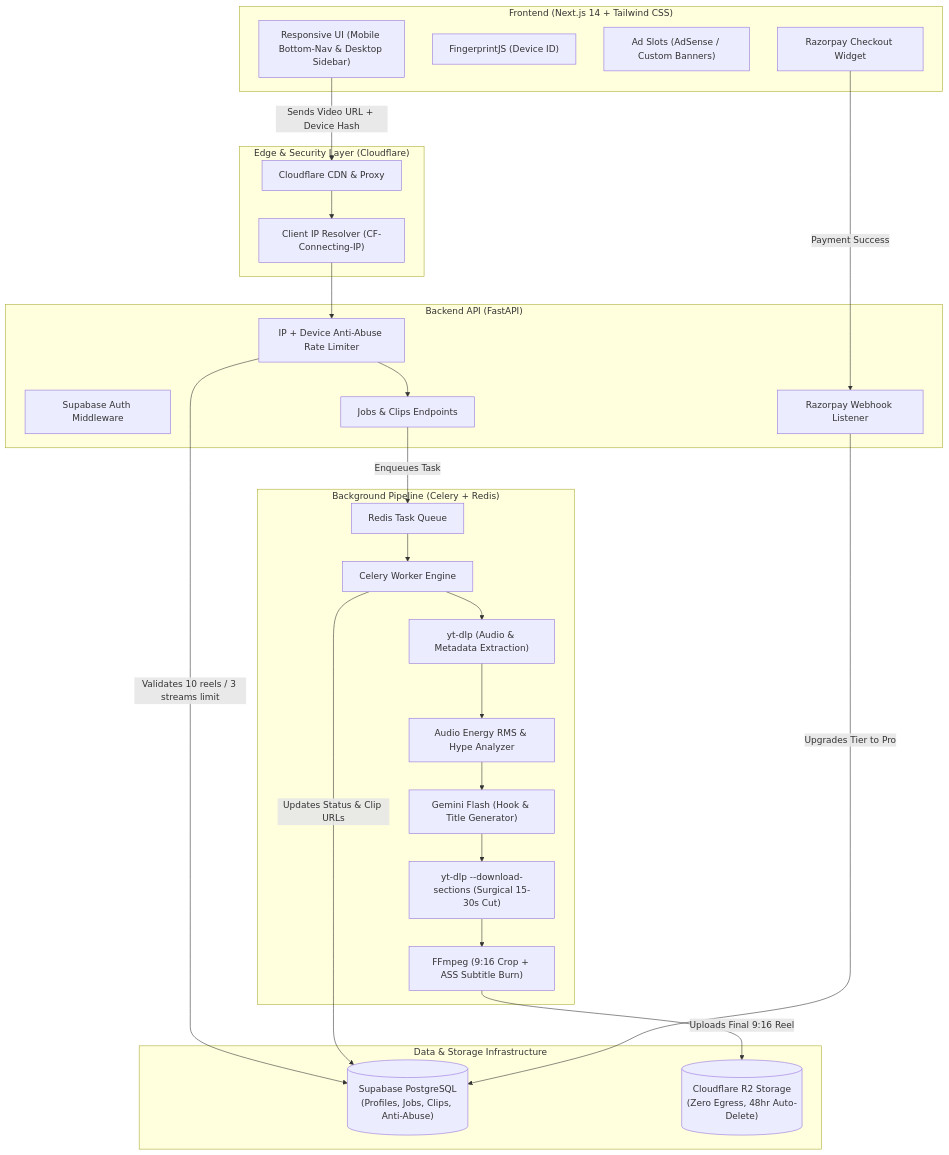
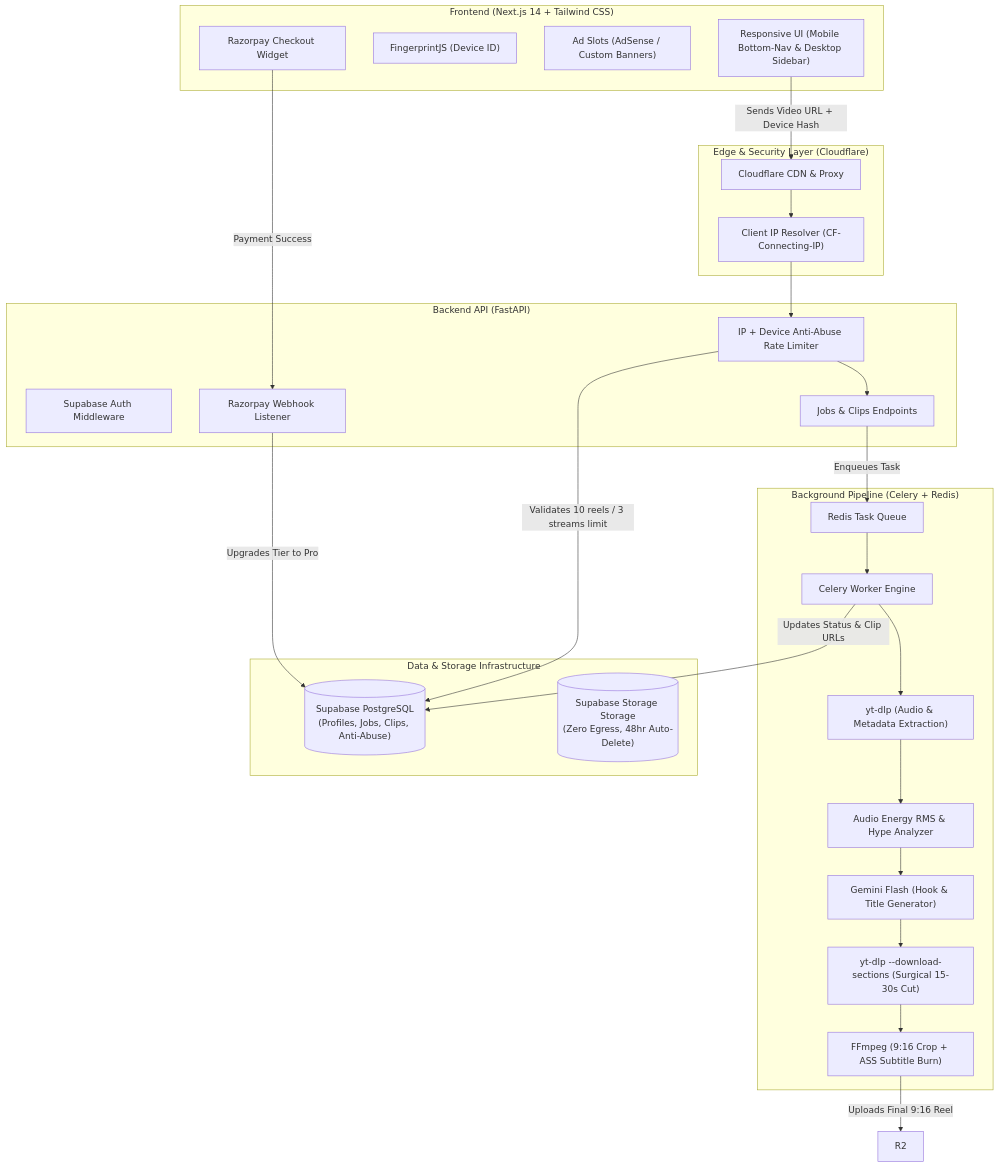
Before and after one commit to therajveerjaiswal/clipforger: the diagram in README.md, drawn with Mermaid. The commit also changed other lines of this file and 65 other files, not shown here.

````diff
--- a/README.md
+++ b/README.md
@@ -9,53 +9,53 @@
 ```mermaid
 flowchart TD
     subgraph Client["Frontend (Next.js 14 + Tailwind CSS)"]
         UI["Responsive UI (Mobile Bottom-Nav & Desktop Sidebar)"]
         FP["FingerprintJS (Device ID)"]
         ADS["Ad Slots (AdSense / Custom Banners)"]
         RZP["Razorpay Checkout Widget"]
     end
 
     subgraph Edge["Edge & Security Layer (Cloudflare)"]
         CF_PROXY["Cloudflare CDN & Proxy"]
         IP_EXTRACT["Client IP Resolver (CF-Connecting-IP)"]
     end
 
     subgraph BackendAPI["Backend API (FastAPI)"]
         AUTH_MW["Supabase Auth Middleware"]
         QUOTA_MW["IP + Device Anti-Abuse Rate Limiter"]
         JOB_EP["Jobs & Clips Endpoints"]
         WEBHOOK_EP["Razorpay Webhook Listener"]
     end
 
     subgraph AsyncPipeline["Background Pipeline (Celery + Redis)"]
         QUEUE["Redis Task Queue"]
         WORKER["Celery Worker Engine"]
         YTDLP_AUDIO["yt-dlp (Audio & Metadata Extraction)"]
         SPIKE_DET["Audio Energy RMS & Hype Analyzer"]
         GEMINI_HOOK["Gemini Flash (Hook & Title Generator)"]
         YTDLP_CLIP["yt-dlp --download-sections (Surgical 15-30s Cut)"]
         FFMPEG["FFmpeg (9:16 Crop + ASS Subtitle Burn)"]
     end
 
     subgraph DataStorage["Data & Storage Infrastructure"]
         SUPABASE[("Supabase PostgreSQL\n(Profiles, Jobs, Clips, Anti-Abuse)")]
-        R2[("Cloudflare R2 Storage\n(Zero Egress, 48hr Auto-Delete)")]
+        STORAGE[("Supabase Storage Storage\n(Zero Egress, 48hr Auto-Delete)")]
     end
 
     UI -->|Sends Video URL + Device Hash| CF_PROXY
     CF_PROXY --> IP_EXTRACT
     IP_EXTRACT --> QUOTA_MW
     QUOTA_MW -->|Validates 10 reels / 3 streams limit| SUPABASE
     QUOTA_MW --> JOB_EP
     JOB_EP -->|Enqueues Task| QUEUE
     QUEUE --> WORKER
     WORKER --> YTDLP_AUDIO
     YTDLP_AUDIO --> SPIKE_DET
     SPIKE_DET --> GEMINI_HOOK
     GEMINI_HOOK --> YTDLP_CLIP
     YTDLP_CLIP --> FFMPEG
     FFMPEG -->|Uploads Final 9:16 Reel| R2
     WORKER -->|Updates Status & Clip URLs| SUPABASE
     RZP -->|Payment Success| WEBHOOK_EP
     WEBHOOK_EP -->|Upgrades Tier to Pro| SUPABASE
 ```
````
